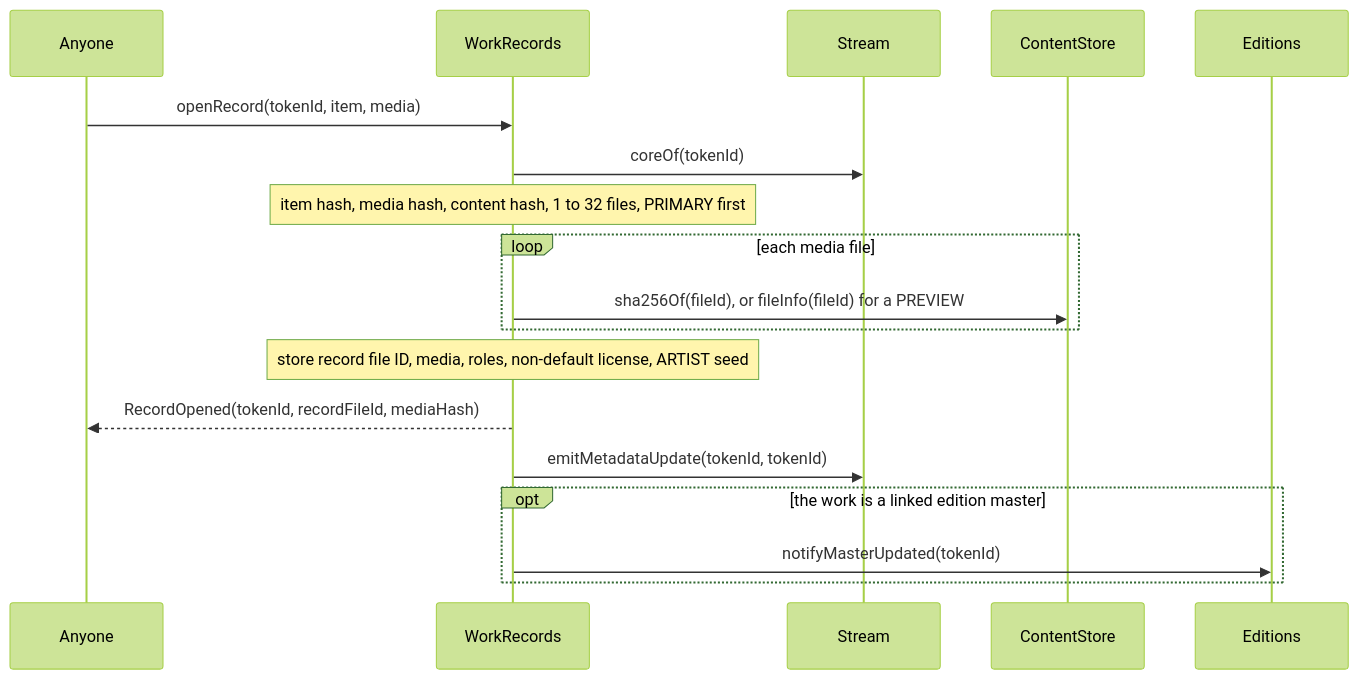
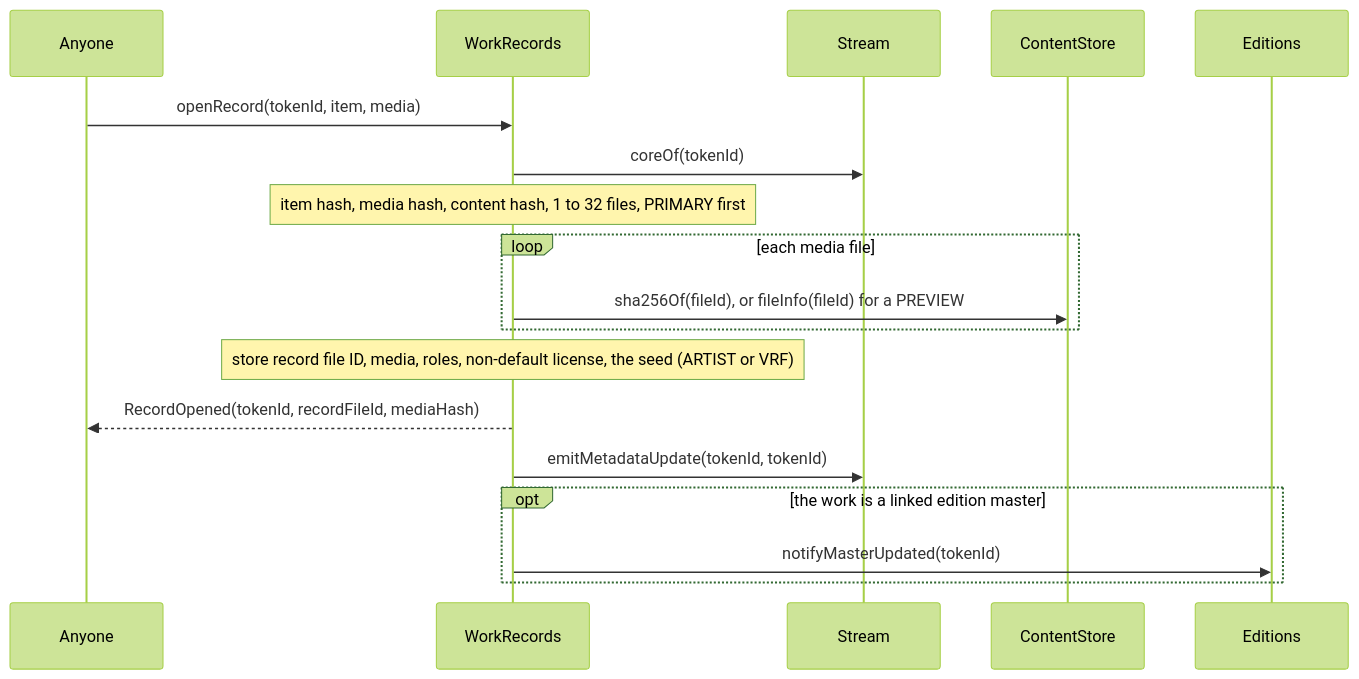
The fifth of 9 diagrams in docs/spec/works-and-storage.md (6529-Collections/6529-works), drawn with Mermaid (forest theme) before and after one commit. The commit also changed other lines of this file and 52 other files, not shown here.

````diff
--- a/docs/spec/works-and-storage.md
+++ b/docs/spec/works-and-storage.md
@@ -229,20 +231,20 @@
 ```mermaid
 sequenceDiagram
     participant A as Anyone
     participant WR as WorkRecords
     participant S as Stream
     participant CS as ContentStore
     participant E as Editions
     A->>WR: openRecord(tokenId, item, media)
     WR->>S: coreOf(tokenId)
     Note over WR: item hash, media hash, content hash, 1 to 32 files, PRIMARY first
     loop each media file
         WR->>CS: sha256Of(fileId), or fileInfo(fileId) for a PREVIEW
     end
-    Note over WR: store record file ID, media, roles, non-default license, ARTIST seed
+    Note over WR: store record file ID, media, roles, non-default license, the seed (ARTIST or VRF)
     WR-->>A: RecordOpened(tokenId, recordFileId, mediaHash)
     WR->>S: emitMetadataUpdate(tokenId, tokenId)
     opt the work is a linked edition master
         WR->>E: notifyMasterUpdated(tokenId)
     end
 ```
````
